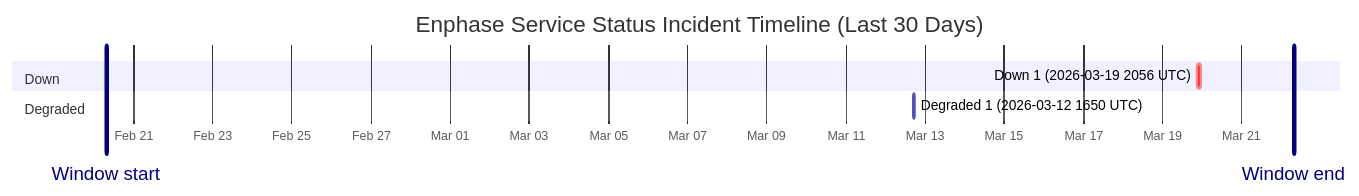
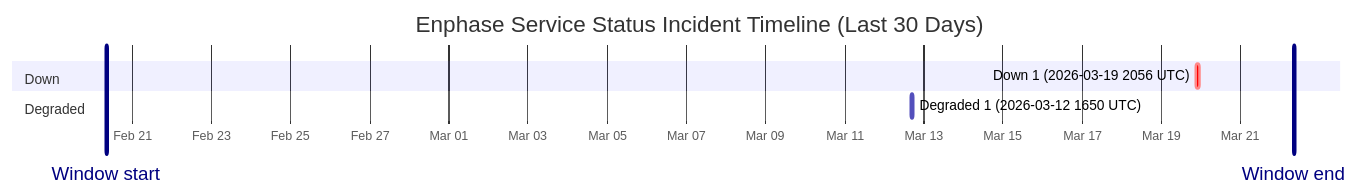
The diagram in wiki/Service-Status-History.md (barneyonline/ha-enphase-ev-charger), drawn with Mermaid before and after one commit. The commit also changed other lines of this file and 3 other files, not shown here.

````diff
--- a/wiki/Service-Status-History.md
+++ b/wiki/Service-Status-History.md
@@ -14,12 +14,12 @@
 ```mermaid
 gantt
     title Enphase Service Status Incident Timeline (Last 30 Days)
     dateFormat  YYYY-MM-DDTHH:mm:ss
     axisFormat  %b %d
-    Window start :vert, window-start, 2026-02-20T07:32:13, 0ms
-    Window end :vert, window-end, 2026-03-22T07:32:13, 0ms
+    Window start :vert, window-start, 2026-02-20T08:23:38, 0ms
+    Window end :vert, window-end, 2026-03-22T08:23:38, 0ms
     section Down
     Down 1 (2026-03-19 2056 UTC) :crit, down-1, 2026-03-19T20:56:20, 145m
     section Degraded
     Degraded 1 (2026-03-12 1650 UTC) :active, degraded-1, 2026-03-12T16:50:43, 60m
 ```
````
